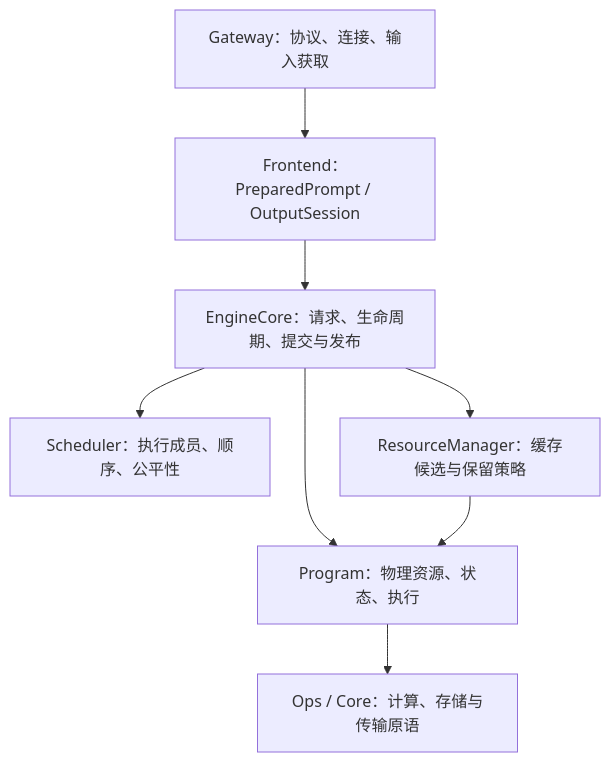
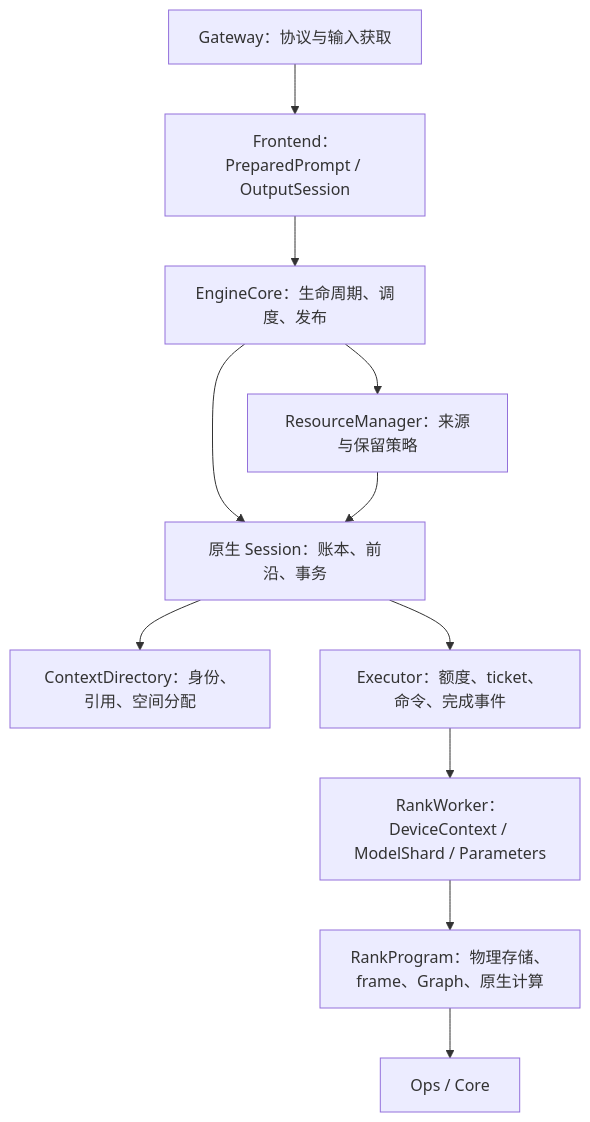
Before and after one commit to igorls/ninfer: the second of 3 diagrams in docs/maintainer/engine-architecture.md, drawn with Mermaid. The commit also changed other lines of this file and 484 other files, not shown here.

````diff
--- a/docs/maintainer/engine-architecture.md
+++ b/docs/maintainer/engine-architecture.md
@@ -57,10 +53,13 @@
 ```mermaid
 flowchart TD
-    G["Gateway：协议、连接、输入获取"] --> F["Frontend：PreparedPrompt / OutputSession"]
-    F --> E["EngineCore：请求、生命周期、提交与发布"]
-    E --> S["Scheduler：执行成员、顺序、公平性"]
-    E --> R["ResourceManager：缓存候选与保留策略"]
-    E --> P["Program：物理资源、状态、执行"]
-    R --> P
-    P --> O["Ops / Core：计算、存储与传输原语"]
+    G["Gateway：协议与输入获取"] --> F["Frontend：PreparedPrompt / OutputSession"]
+    F --> E["EngineCore：生命周期、调度、发布"]
+    E --> R["ResourceManager：来源与保留策略"]
+    E --> S["原生 Session：账本、前沿、事务"]
+    R --> S
+    S --> D["ContextDirectory：身份、引用、空间分配"]
+    S --> X["Executor：额度、ticket、命令、完成事件"]
+    X --> W["RankWorker：DeviceContext / ModelShard / Parameters"]
+    W --> P["RankProgram：物理存储、frame、Graph、原生计算"]
+    P --> O["Ops / Core"]
 ```
````
